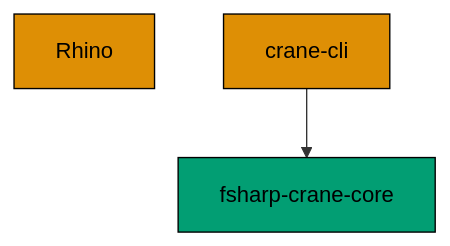
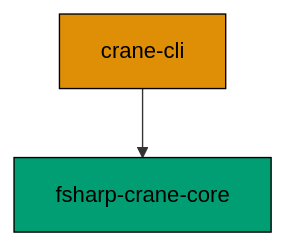
One commit to wahidyankf/ose-public changed the first of 3 diagrams in docs/reference/project-dependency-graph.md. Above: the diagram before and after it, drawn with Mermaid. The commit also changed other lines of this file and 31 other files, not shown here.

````diff
--- a/docs/reference/project-dependency-graph.md
+++ b/docs/reference/project-dependency-graph.md
@@ -59,16 +60,15 @@
 ```mermaid
 graph TD
   accTitle: Visual Dependency Graph
   accDescr: crane-cli leads to fsharp-crane-core.
-  RC[Rhino]
   CC[crane-cli]
   FCC[fsharp-crane-core]
 
   CC --> FCC
 
   classDef lib fill:#029E73,stroke:#000000,color:#000000
   classDef cli fill:#DE8F05,stroke:#000000,color:#000000
 
   class FCC lib
-  class RC,CC cli
+  class CC cli
 ```
````
